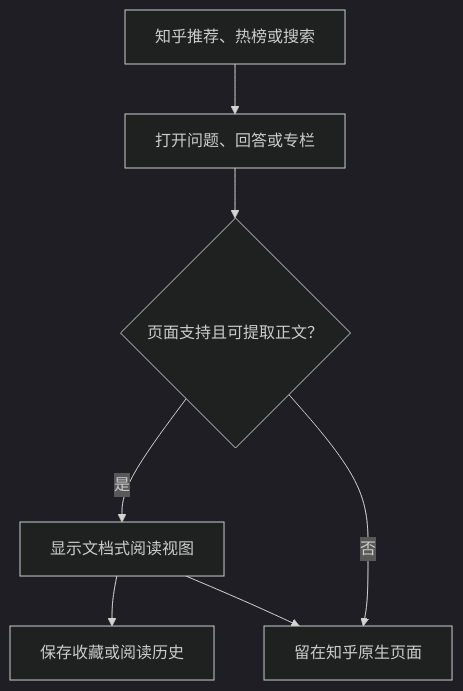
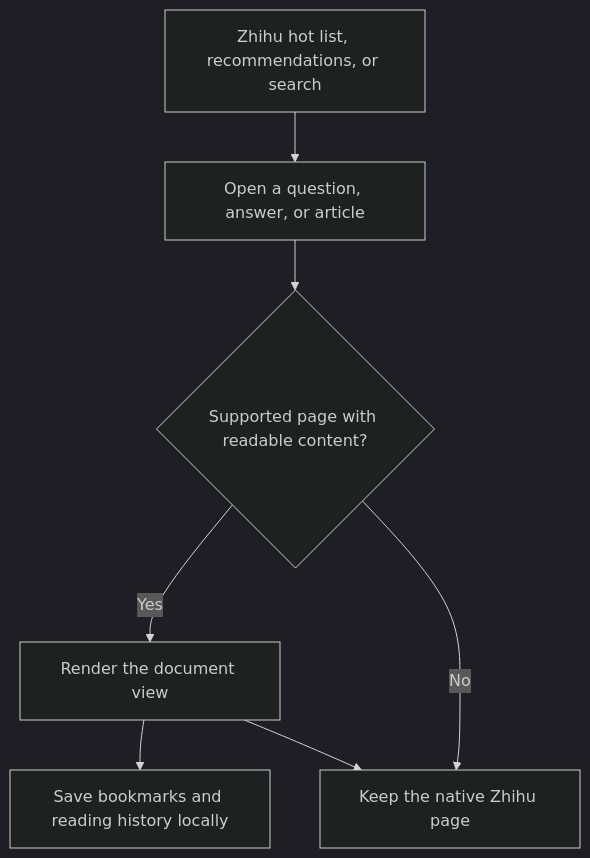
Before and after one commit to kurikiwoods-coder/zhihu-doc-reader: the diagram in README.md, drawn with Mermaid (dark theme). The commit also changed other lines of this file and 2 other files, not shown here.

````diff
--- a/README.md
+++ b/README.md
@@ -20,9 +21,9 @@
 ```mermaid
 flowchart TD
-    Feed["知乎推荐、热榜或搜索"] --> Open["打开问题、回答或专栏"]
-    Open --> Match{"页面支持且可提取正文？"}
-    Match -->|是| Read["显示文档式阅读视图"]
-    Match -->|否| Native["留在知乎原生页面"]
-    Read --> Local["保存收藏或阅读历史"]
-    Read --> Native
+    Entry["Zhihu hot list, recommendations, or search"] --> Open["Open a question, answer, or article"]
+    Open --> Check{"Supported page with readable content?"}
+    Check -->|Yes| Reader["Render the document view"]
+    Check -->|No| Native["Keep the native Zhihu page"]
+    Reader --> Save["Save bookmarks and reading history locally"]
+    Reader --> Native
 ```
````
